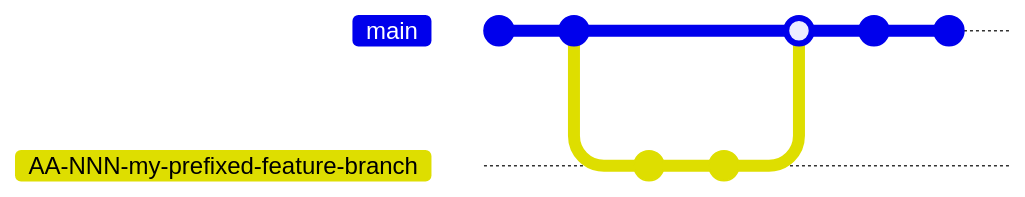
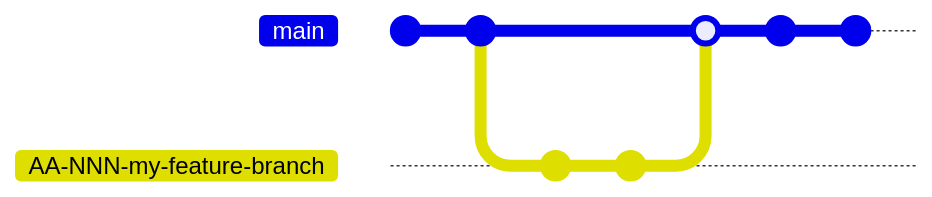
The diagram in README.md (HariSekhon/Diagrams-as-Code), drawn with Mermaid before and after one commit. Commit ids are hidden.

````diff
--- a/README.md
+++ b/README.md
@@ -253,13 +253,13 @@
 ```mermaid
 gitGraph
     commit
     commit
-    branch AA-NNN-my-prefixed-feature-branch
-    checkout AA-NNN-my-prefixed-feature-branch
+    branch AA-NNN-my-feature-branch
+    checkout AA-NNN-my-feature-branch
     commit
     commit
     checkout main
-    merge AA-NNN-my-prefixed-feature-branch
+    merge AA-NNN-my-feature-branch
     commit
     commit
 ```
````
